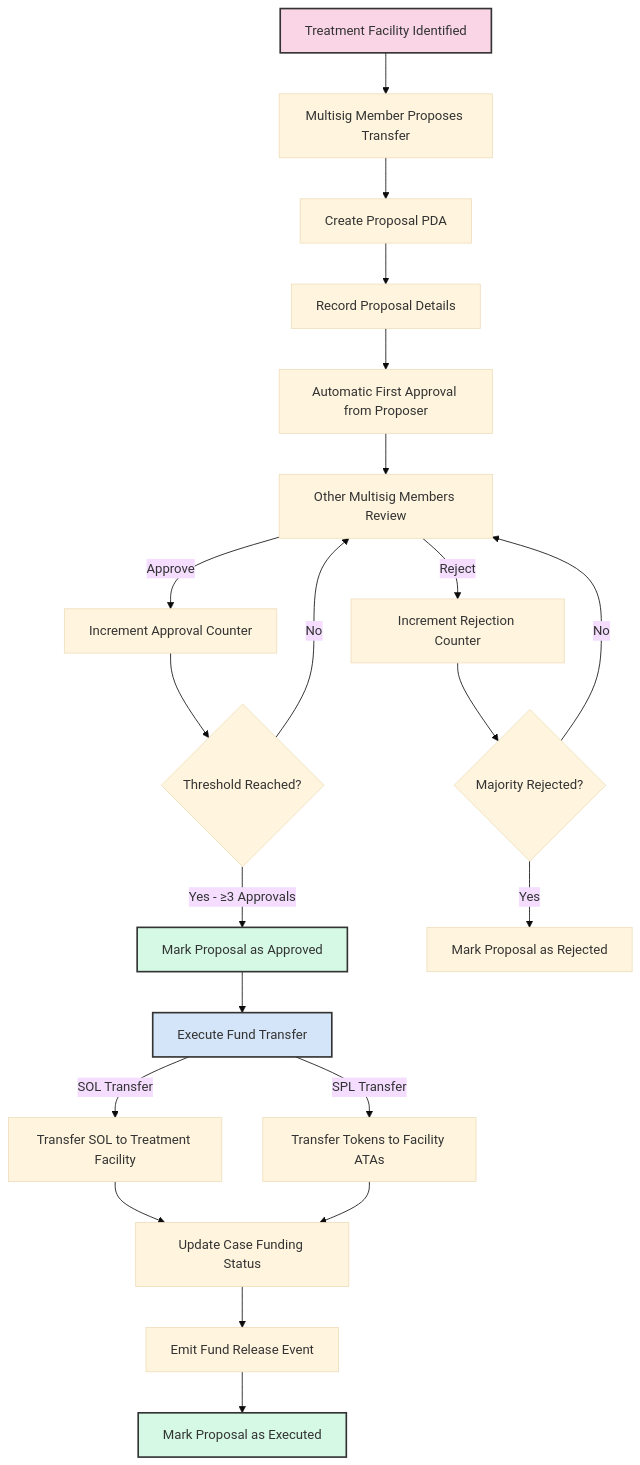
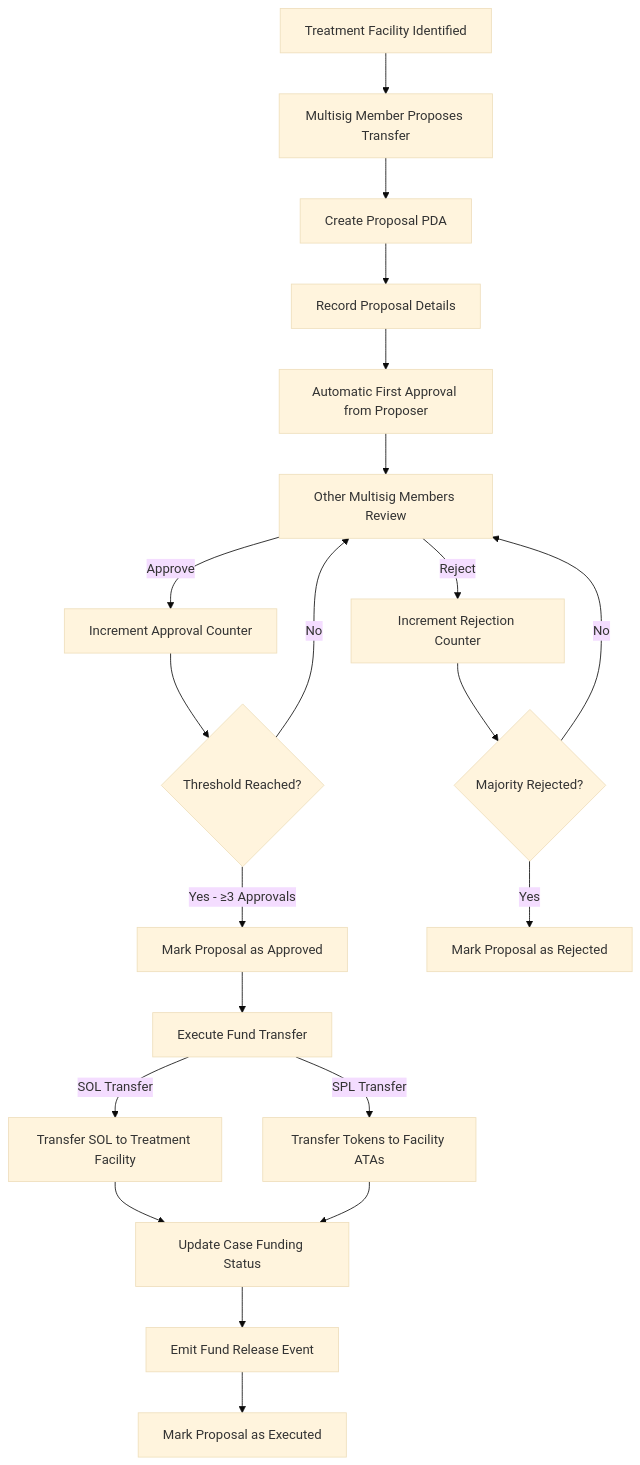
Before and after one commit to AymanF10/CuraChain: the fourth of 6 diagrams in README.md, drawn with Mermaid (base theme). The commit also changed other lines of this file, not shown here.

````diff
--- a/README.md
+++ b/README.md
@@ -317,36 +300,31 @@
 ```mermaid
 flowchart TD
     A[Treatment Facility Identified] --> B[Multisig Member Proposes Transfer]
     B --> C[Create Proposal PDA]
     C --> D[Record Proposal Details]
     D --> E[Automatic First Approval from Proposer]
     
     E --> F[Other Multisig Members Review]
     F -->|Approve| G[Increment Approval Counter]
     F -->|Reject| H[Increment Rejection Counter]
     
     G --> I{Threshold Reached?}
     H --> J{Majority Rejected?}
     
     I -->|Yes - ≥3 Approvals| K[Mark Proposal as Approved]
     I -->|No| F
     
     J -->|Yes| L[Mark Proposal as Rejected]
     J -->|No| F
     
     K --> M[Execute Fund Transfer]
     
     M -->|SOL Transfer| N[Transfer SOL to Treatment Facility]
     M -->|SPL Transfer| O[Transfer Tokens to Facility ATAs]
     
     N --> P[Update Case Funding Status]
     O --> P
     
     P --> Q[Emit Fund Release Event]
     Q --> R[Mark Proposal as Executed]
-    
-    style A fill:#f9d5e5,stroke:#333,stroke-width:2px
-    style K fill:#d5f9e5,stroke:#333,stroke-width:2px
-    style M fill:#d5e5f9,stroke:#333,stroke-width:2px
-    style R fill:#d5f9e5,stroke:#333,stroke-width:2px
 ```
````
